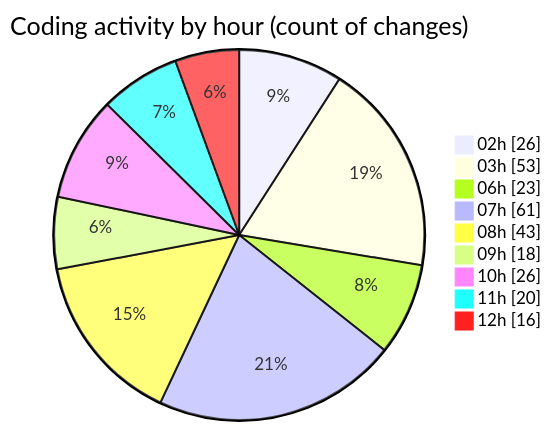
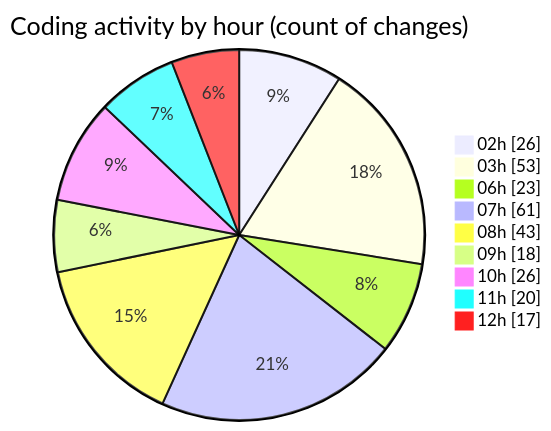
One commit to charlie-sans/code-tracking changed the second of 2 diagrams in 2025-02-22/micros/README.md. Above: the diagram before and after it, drawn with Mermaid. The commit also changed other lines of this file and 1 other file, not shown here.

````diff
--- a/2025-02-22/micros/README.md
+++ b/2025-02-22/micros/README.md
@@ -79,13 +79,13 @@
 ```mermaid
 pie showData
 title Coding activity by hour (count of changes)
 "02h" : 26
 "03h" : 53
 "06h" : 23
 "07h" : 61
 "08h" : 43
 "09h" : 18
 "10h" : 26
 "11h" : 20
-"12h" : 16
+"12h" : 17
 ```
````
